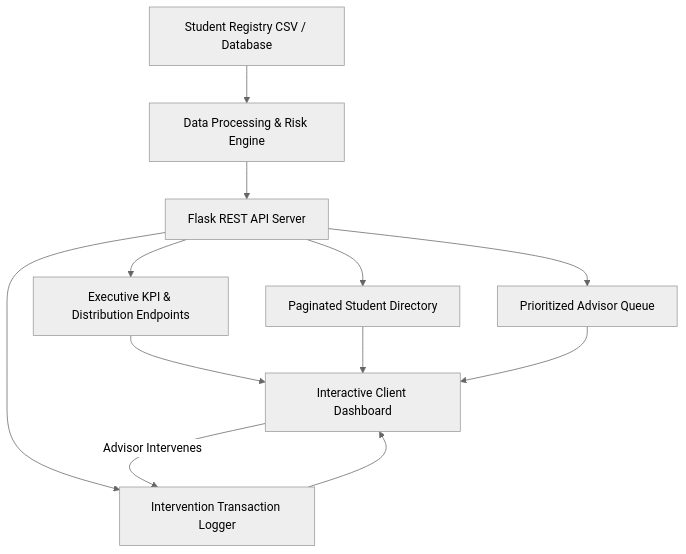
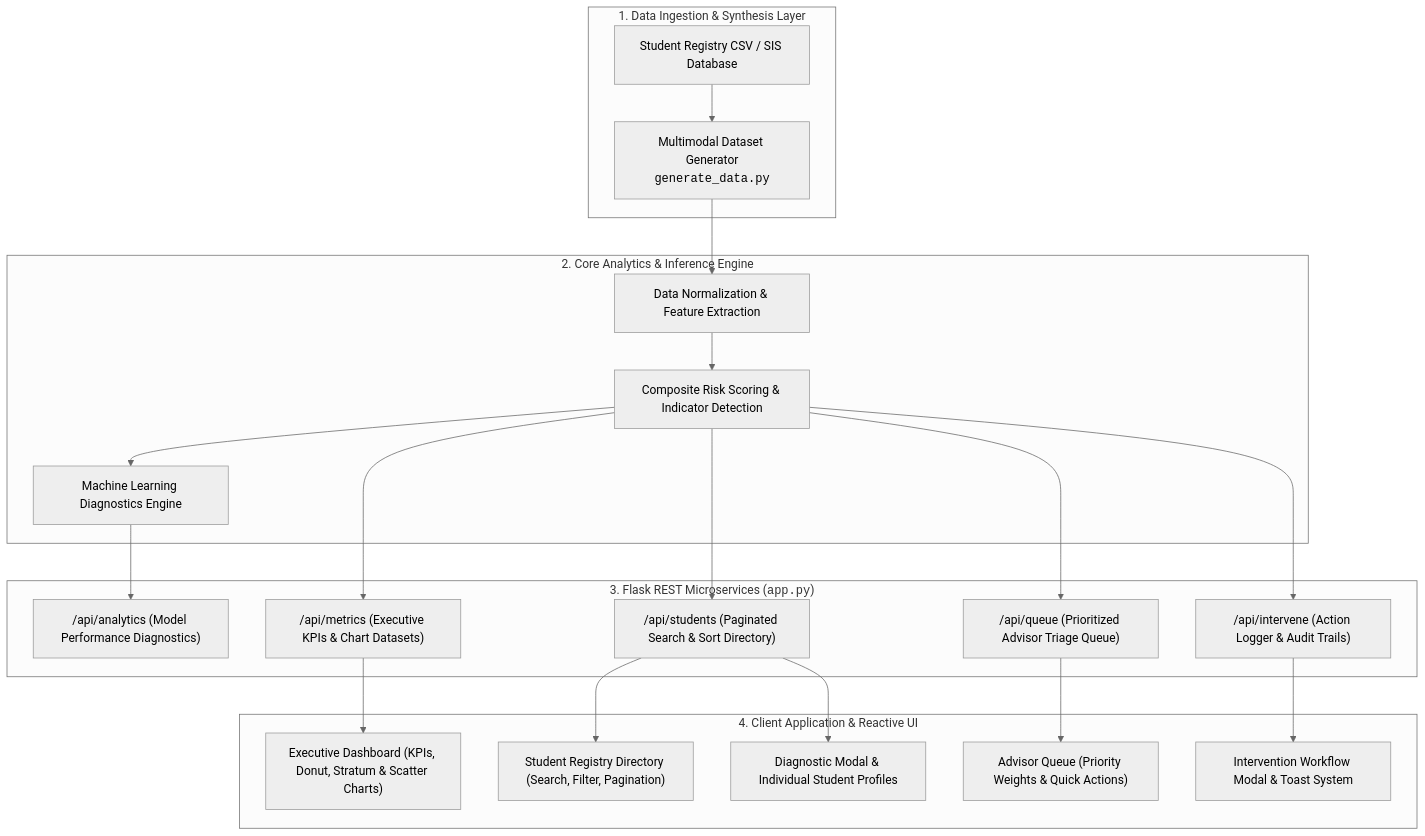
Before and after one commit to abhinavsingh77057-crypto/student-success-engine: the first of 2 diagrams in README.md, drawn with Mermaid (neutral theme). The commit also changed other lines of this file, not shown here.

````diff
--- a/README.md
+++ b/README.md
@@ -29,16 +58,43 @@
 ```mermaid
 flowchart TD
-    A[Student Registry CSV / Database] --> B[Data Processing & Risk Engine]
-    B --> C[Flask REST API Server]
-    C --> D[Executive KPI & Distribution Endpoints]
-    C --> E[Paginated Student Directory]
-    C --> F[Prioritized Advisor Queue]
-    C --> G[Intervention Transaction Logger]
-    
-    D --> H[Interactive Client Dashboard]
-    E --> H
-    F --> H
-    G --> H
-    
-    H -->|Advisor Intervenes| G
+    subgraph Data_Layer ["1. Data Ingestion & Synthesis Layer"]
+        A[Student Registry CSV / SIS Database]
+        B[Multimodal Dataset Generator<br/><code>generate_data.py</code>]
+        A --> B
+    end
+
+    subgraph Analytics_Engine ["2. Core Analytics & Inference Engine"]
+        C[Data Normalization & Feature Extraction]
+        D[Composite Risk Scoring & Indicator Detection]
+        E[Machine Learning Diagnostics Engine]
+        B --> C
+        C --> D
+        D --> E
+    end
+
+    subgraph Backend_APIs ["3. Flask REST Microservices (<code>app.py</code>)"]
+        F["/api/metrics (Executive KPIs & Chart Datasets)"]
+        G["/api/students (Paginated Search & Sort Directory)"]
+        H["/api/queue (Prioritized Advisor Triage Queue)"]
+        I["/api/intervene (Action Logger & Audit Trails)"]
+        J["/api/analytics (Model Performance Diagnostics)"]
+        D --> F
+        D --> G
+        D --> H
+        D --> I
+        E --> J
+    end
+
+    subgraph Client_App ["4. Client Application & Reactive UI"]
+        K["Executive Dashboard (KPIs, Donut, Stratum & Scatter Charts)"]
+        L["Student Registry Directory (Search, Filter, Pagination)"]
+        M["Advisor Queue (Priority Weights & Quick Actions)"]
+        N["Diagnostic Modal & Individual Student Profiles"]
+        O["Intervention Workflow Modal & Toast System"]
+        F --> K
+        G --> L
+        H --> M
+        G --> N
+        I --> O
+    end
 ```
````
